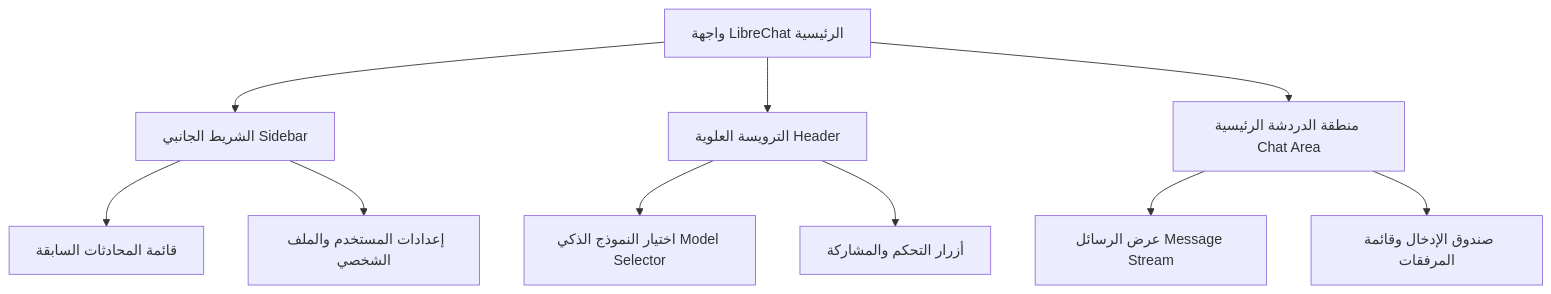
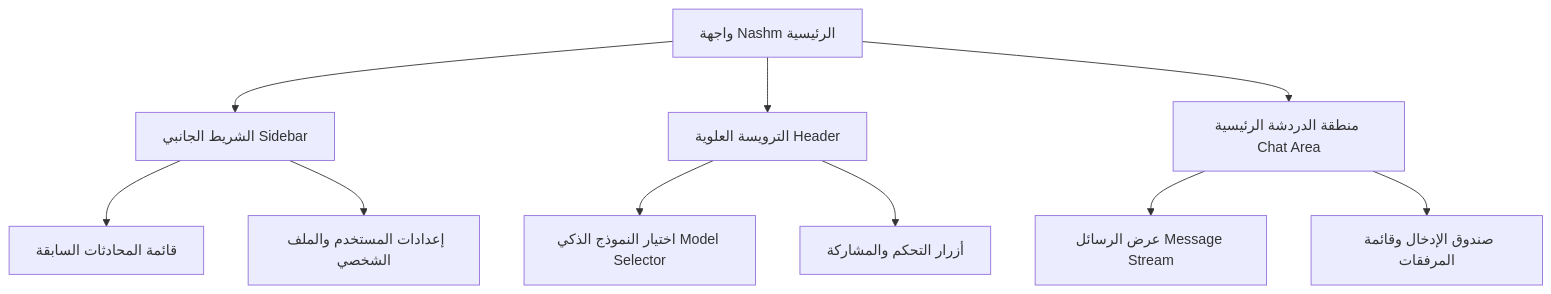
The diagram in design.md (nashmjoai/Nashm), drawn with Mermaid before and after one commit. The commit also changed other lines of this file and 1977 other files, not shown here.

Commit message:
refactor: rename librechat to nashm, add architecture reports and logo

````diff
--- a/design.md
+++ b/design.md
@@ -55,12 +55,12 @@
 ```mermaid
 graph TD
-    A[واجهة LibreChat الرئيسية] --> B[الشريط الجانبي Sidebar]
+    A[واجهة Nashm الرئيسية] --> B[الشريط الجانبي Sidebar]
     A --> C[الترويسة العلوية Header]
     A --> D[منطقة الدردشة الرئيسية Chat Area]
     B --> B1[قائمة المحادثات السابقة]
     B --> B2[إعدادات المستخدم والملف الشخصي]
     C --> C1[اختيار النموذج الذكي Model Selector]
     C --> C2[أزرار التحكم والمشاركة]
     D --> D1[عرض الرسائل Message Stream]
     D --> D2[صندوق الإدخال وقائمة المرفقات]
 ```
````
